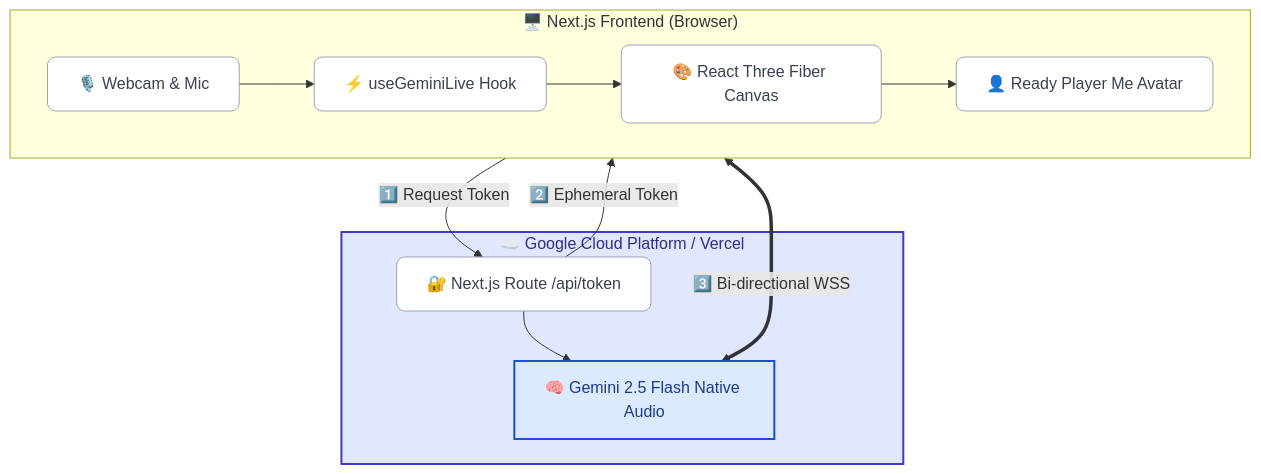
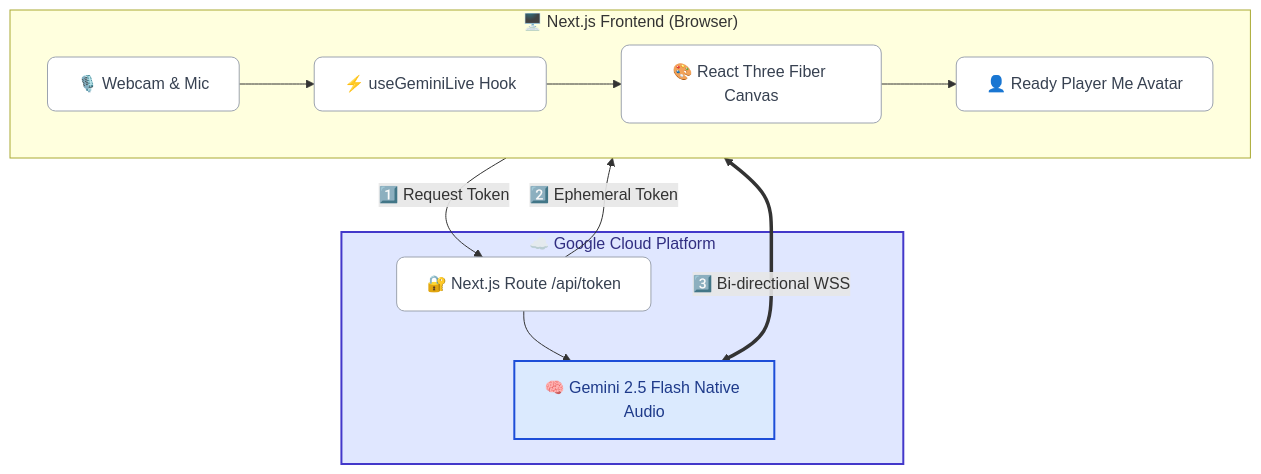
The first of 2 diagrams in README.md (Kshitijm7/digital-persona), drawn with Mermaid before and after one commit. The commit also changed other lines of this file and 1 other file, not shown here.

````diff
--- a/README.md
+++ b/README.md
@@ -85,35 +79,35 @@
 ```mermaid
 graph TD
     %% Styling Definition
     classDef client fill:#f3f4f6,stroke:#374151,stroke-width:2px,color:#111827
     classDef backend fill:#e0e7ff,stroke:#4338ca,stroke-width:2px,color:#312e81
     classDef gemini fill:#dbeafe,stroke:#1d4ed8,stroke-width:2px,color:#1e3a8a
     classDef component fill:#ffffff,stroke:#9ca3af,stroke-width:1px,color:#374151,rx:8px,ry:8px
 
     subgraph Client ["🖥️ Next.js Frontend (Browser)"]
         A["🎙️ Webcam & Mic"]:::component
         B["⚡ useGeminiLive Hook"]:::component
         C["🎨 React Three Fiber Canvas"]:::component
         D["👤 Ready Player Me Avatar"]:::component
         
         A --> B
         B --> C
         C --> D
     end
 
-    subgraph Backend ["☁️ Google Cloud Platform / Vercel"]
+    subgraph Backend ["☁️ Google Cloud Platform"]
         E["🔐 Next.js Route /api/token"]:::component
         F["🧠 Gemini 2.5 Flash Native Audio"]:::gemini
         
         E --> F
     end
 
     %% Add styling to subgraphs
     class Client client
     class Backend backend
 
     %% Security & Connection Logic
     Client -->|"1️⃣ Request Token"| E
     E -->|"2️⃣ Ephemeral Token"| Client
-    Client <==>|"3️⃣ Bi-directional WSS"| F
+    Client <===>|"3️⃣ Bi-directional WSS"| F
 ```
````
